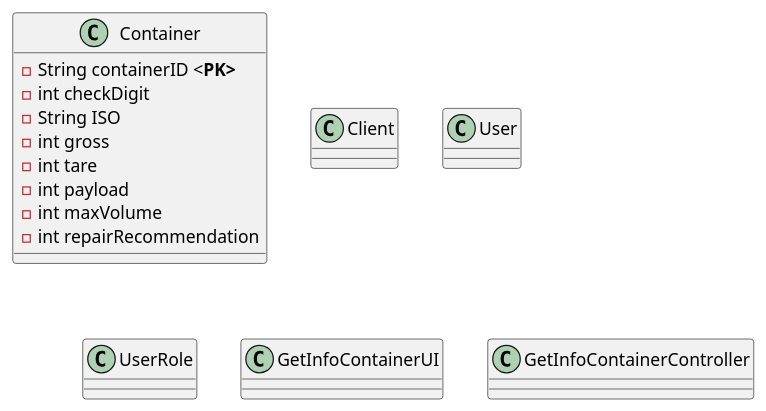
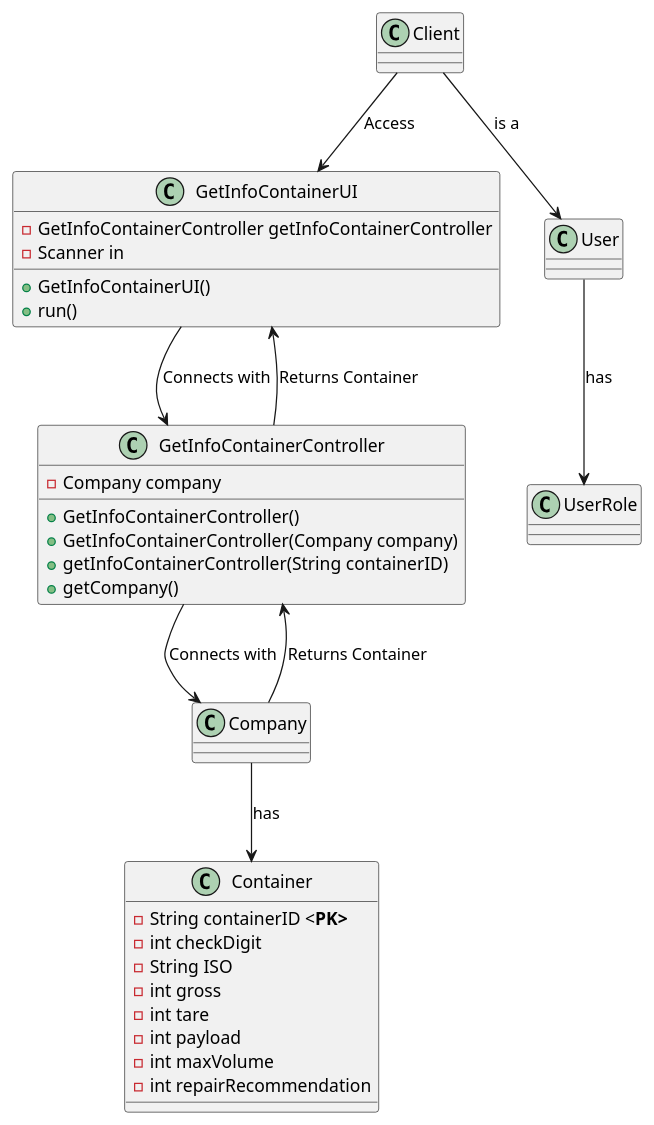
The diagram in Docs/Sprint2/US204/cd.puml (LourencoMelo/ISEP-LAPR3-ESINF), drawn with PlantUML before and after one commit. The commit also changed 3 other files, not shown here.

```diff
--- a/Docs/Sprint2/US204/cd.puml
+++ b/Docs/Sprint2/US204/cd.puml
@@ -1,36 +1,56 @@
 @startuml
 
 class Container {
 
     -String containerID <<b>PK>
     -int checkDigit
     -String ISO
     -int gross
     -int tare
     -int payload
     -int maxVolume
     -int repairRecommendation
 
 }
 
 class Client{
 
 }
 
 class User{
 
 }
 
 class UserRole{
 
 }
 
-class GetInfoContainerUI{
+class Company{
 
 }
 
-class GetInfoContainerController{
-
+class GetInfoContainerUI{
+    -GetInfoContainerController getInfoContainerController
+    -Scanner in
+    +GetInfoContainerUI()
+    +run()
 }
 
+class GetInfoContainerController{
+    -Company company
+    +GetInfoContainerController()
+    +GetInfoContainerController(Company company)
+    +getInfoContainerController(String containerID)
+    +getCompany()
+}
+
+Client --> GetInfoContainerUI : Access
+GetInfoContainerUI -down-> GetInfoContainerController : Connects with
+Client --> User : is a
+User --> UserRole : has
+GetInfoContainerController -up-> GetInfoContainerUI : Returns Container
+GetInfoContainerController --> Company : Connects with
+Company --> GetInfoContainerController : Returns Container
+Company --> Container : has
+
 @enduml
```
